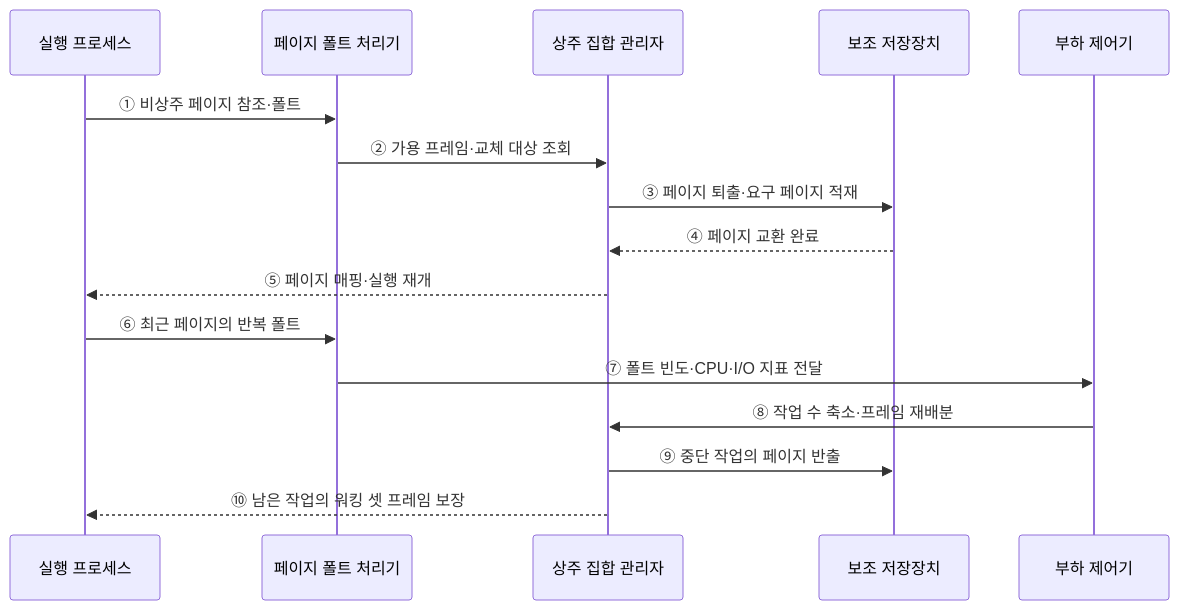
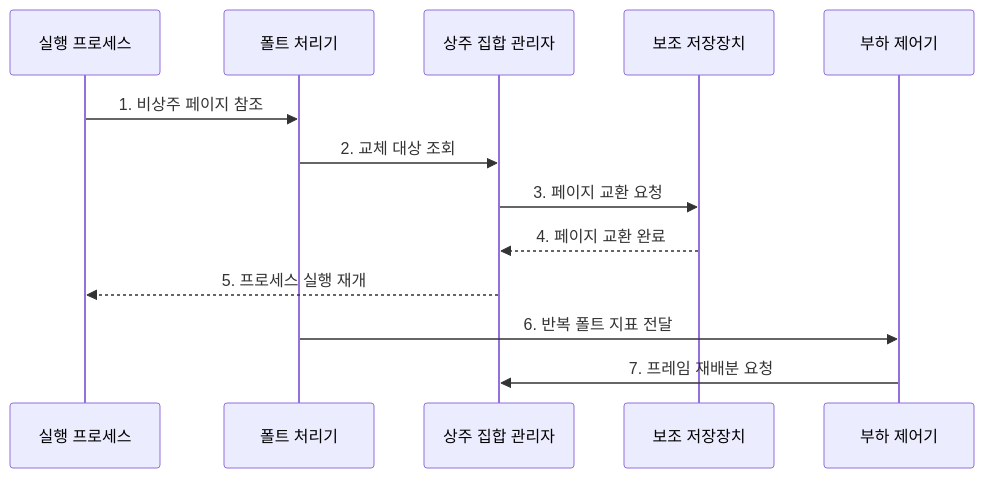
One commit to agnusdei1207/knowledge-base changed the second of 2 diagrams in src/content/docs/notes/03-software/014_virtual_memory_thrashing.md. Above: the diagram before and after it, drawn with Mermaid. The commit also changed other lines of this file and 20 other files, not shown here.

````diff
--- a/src/content/docs/notes/03-software/014_virtual_memory_thrashing.md
+++ b/src/content/docs/notes/03-software/014_virtual_memory_thrashing.md
@@ -88,19 +89,15 @@
 ```mermaid
 sequenceDiagram
     participant P as 실행 프로세스
-    participant F as 페이지 폴트 처리기
+    participant F as 폴트 처리기
     participant R as 상주 집합 관리자
     participant D as 보조 저장장치
     participant L as 부하 제어기
-
-    P->>F: ① 비상주 페이지 참조·폴트
-    F->>R: ② 가용 프레임·교체 대상 조회
-    R->>D: ③ 페이지 퇴출·요구 페이지 적재
-    D-->>R: ④ 페이지 교환 완료
-    R-->>P: ⑤ 페이지 매핑·실행 재개
-    P->>F: ⑥ 최근 페이지의 반복 폴트
-    F->>L: ⑦ 폴트 빈도·CPU·I/O 지표 전달
-    L->>R: ⑧ 작업 수 축소·프레임 재배분
-    R->>D: ⑨ 중단 작업의 페이지 반출
-    R-->>P: ⑩ 남은 작업의 워킹 셋 프레임 보장
+    P->>F: 1. 비상주 페이지 참조
+    F->>R: 2. 교체 대상 조회
+    R->>D: 3. 페이지 교환 요청
+    D-->>R: 4. 페이지 교환 완료
+    R-->>P: 5. 프로세스 실행 재개
+    F->>L: 6. 반복 폴트 지표 전달
+    L->>R: 7. 프레임 재배분 요청
 ```
````
